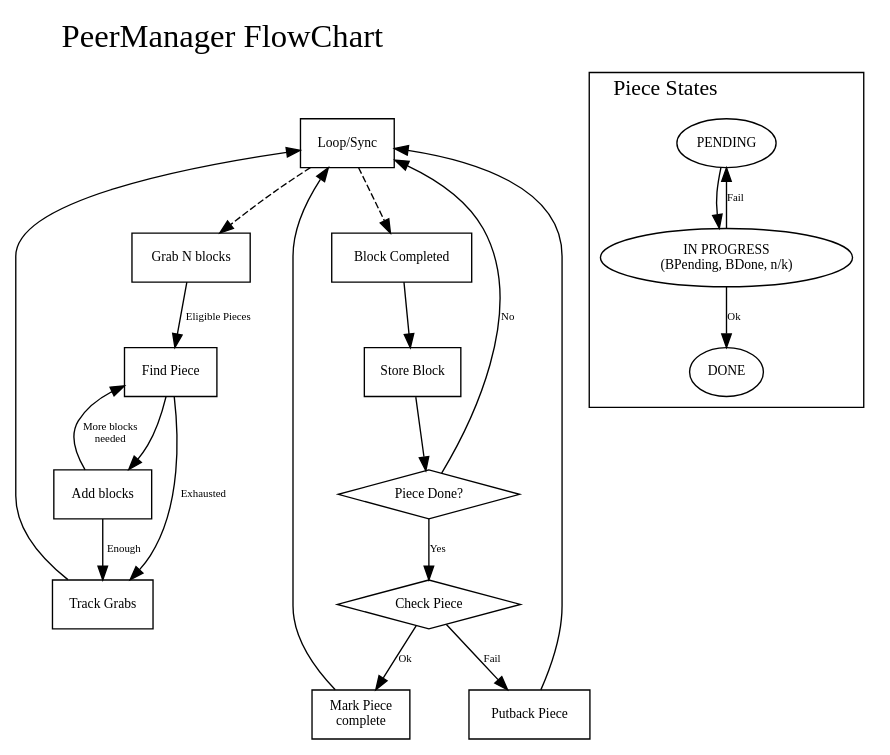
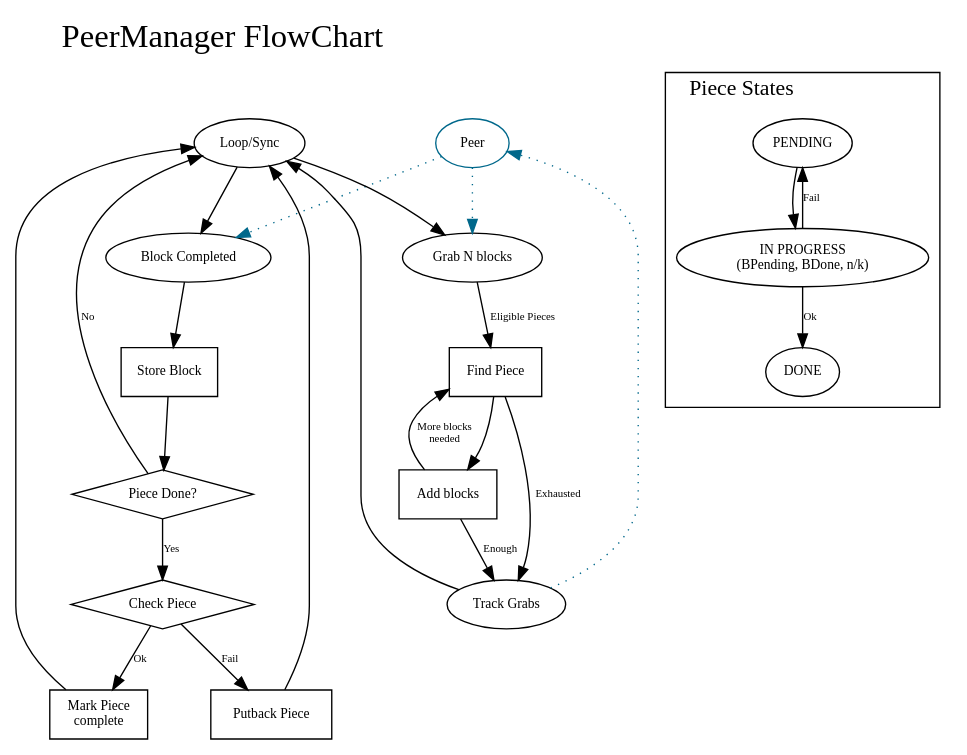
Before and after one commit to jlouis/combinatorrent: the diagram in doc/PeerManager.dot, drawn with Graphviz.

Commit message:
Let the Peers communication enter the file.

```diff
--- a/doc/PeerManager.dot
+++ b/doc/PeerManager.dot
@@ -1,59 +1,69 @@
 digraph {
 	node [fontname="URW Gothic L",fontsize=10];
 	edge [fontname="URW Gothic L",fontsize=8];
 
 	labeljust = l;
 	labelloc = t;
 
 	fontsize = 24;
 	fontname="URW Gothic L";
 	label = "PeerManager FlowChart";
 
 
+	// External communication
+	{ rank=same;
+	  peer [label="Peer", shape=ellipse,color=deepskyblue4];
+	  loop [label="Loop/Sync"];
+        }
+
+	peer -> grab [style=dotted,color=deepskyblue4];
+	trackb -> peer [style=dotted,color=deepskyblue4];
+	peer -> blockc [style=dotted,color=deepskyblue4];
+
 	node [shape=box];
-	loop [label="Loop/Sync"];
+
 	grab [label="Grab N blocks"];
 	findp [label="Find Piece"];
 	addb [label="Add blocks"];
 	trackb [label="Track Grabs"];
 
 	blockc [label="Block Completed"];
 	storeb [label="Store Block"];
 	pieced [label="Piece Done?", shape=diamond];
 	checkp [label="Check Piece", shape=diamond];
 	markc  [label="Mark Piece\ncomplete"];
 	putbackp [label="Putback Piece"];
 
-	loop -> blockc [style=dashed];
+	loop -> blockc;
 	blockc -> storeb;
 	storeb -> pieced;
 	pieced -> loop [label="No"];
 	pieced -> checkp [label="Yes"];
 	checkp -> markc [label="Ok"];
 	markc -> loop;
 	checkp -> putbackp [label="Fail"];
 	putbackp -> loop;
 
-	loop -> grab [style=dashed];
+	loop -> grab;
 	grab -> findp [label="Eligible Pieces"];
 	findp -> addb;
 	findp -> trackb [label="Exhausted"];
 	addb -> findp [label="More blocks\nneeded"];
 	addb -> trackb [label="Enough"];
 	trackb -> loop;
 
 	subgraph cluster_piece_state {
 		 fontsize = 16;
 		 label = "Piece States";
 
 		 node [shape=ellipse];
 		 pending [label="PENDING"];
 		 in_progress [label="IN PROGRESS\n(BPending, BDone, n/k)"];
 		 done [label="DONE"];
 
 		 pending -> in_progress;
 		 in_progress -> pending [label="Fail"];
 		 in_progress -> done [label="Ok"];
 
 	}
 }
```
